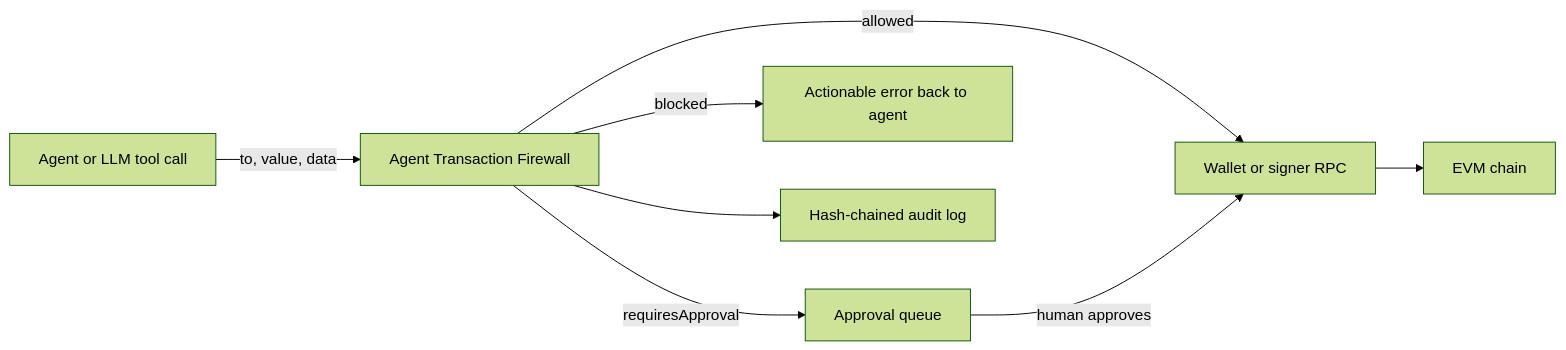
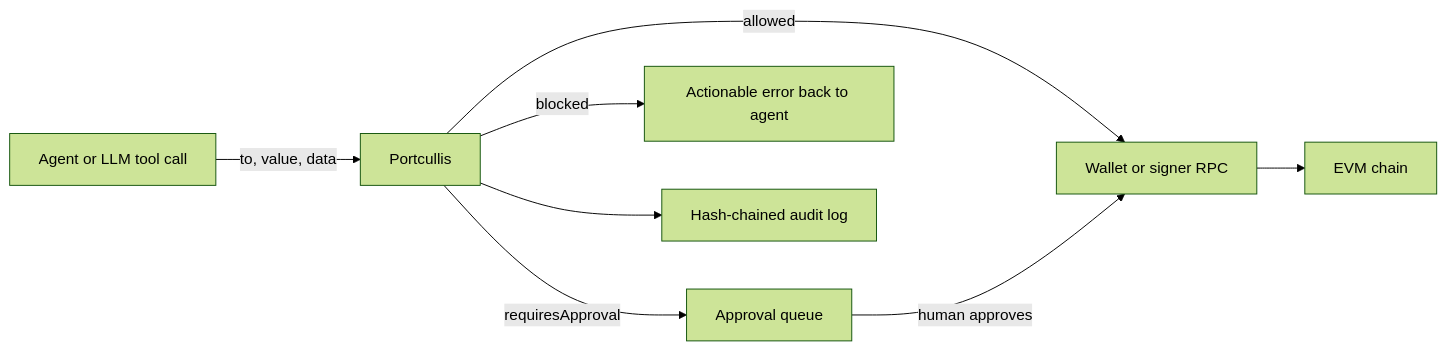
The first of 6 diagrams in README.md (SRIVISHNUGV-DEV/Portcullis), drawn with Mermaid (forest theme) before and after one commit. The commit also changed other lines of this file and 5 other files, not shown here.

Commit message:
Rename agent-transaction-firewall to Portcullis

````diff
--- a/README.md
+++ b/README.md
@@ -73,10 +73,10 @@
 ```mermaid
 flowchart LR
-    A["Agent or LLM tool call"] -->|to, value, data| F["Agent Transaction Firewall"]
+    A["Agent or LLM tool call"] -->|to, value, data| F["Portcullis"]
     F -->|allowed| W["Wallet or signer RPC"]
     F -->|requiresApproval| Q["Approval queue"]
     Q -->|human approves| W
     F -->|blocked| X["Actionable error back to agent"]
     F --> L["Hash-chained audit log"]
     W --> C["EVM chain"]
 ```
````
